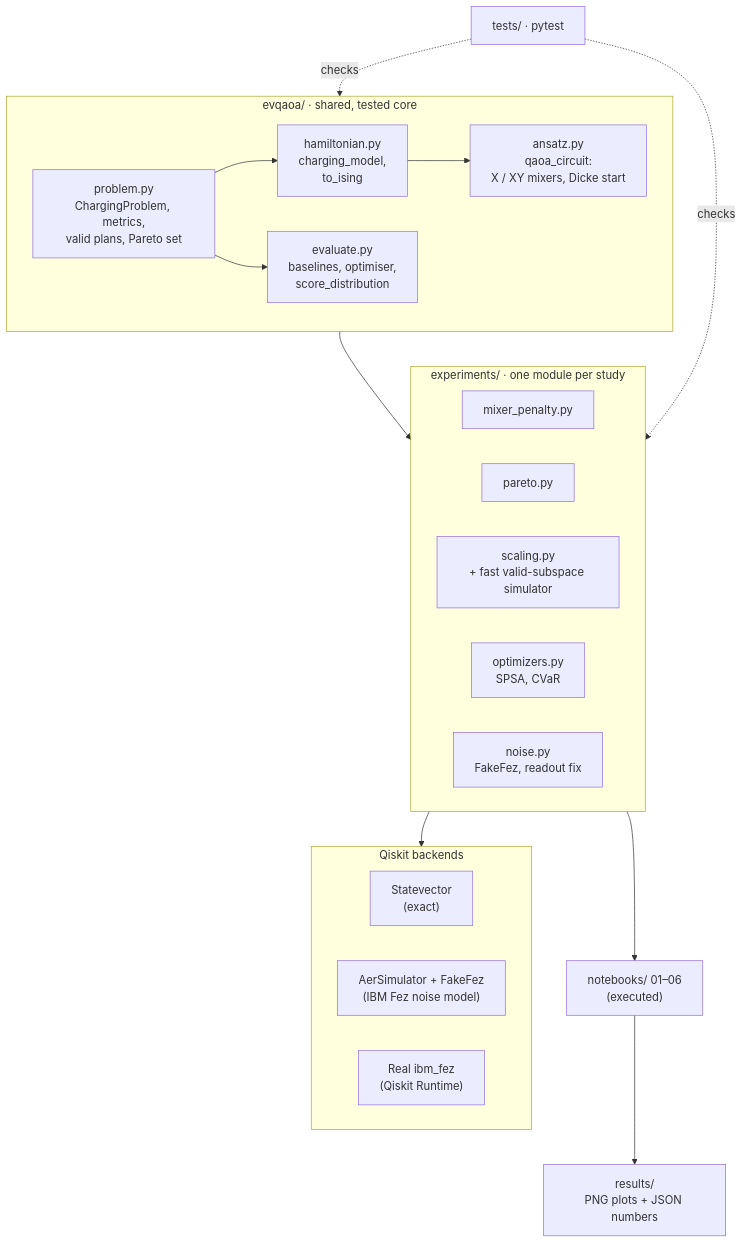
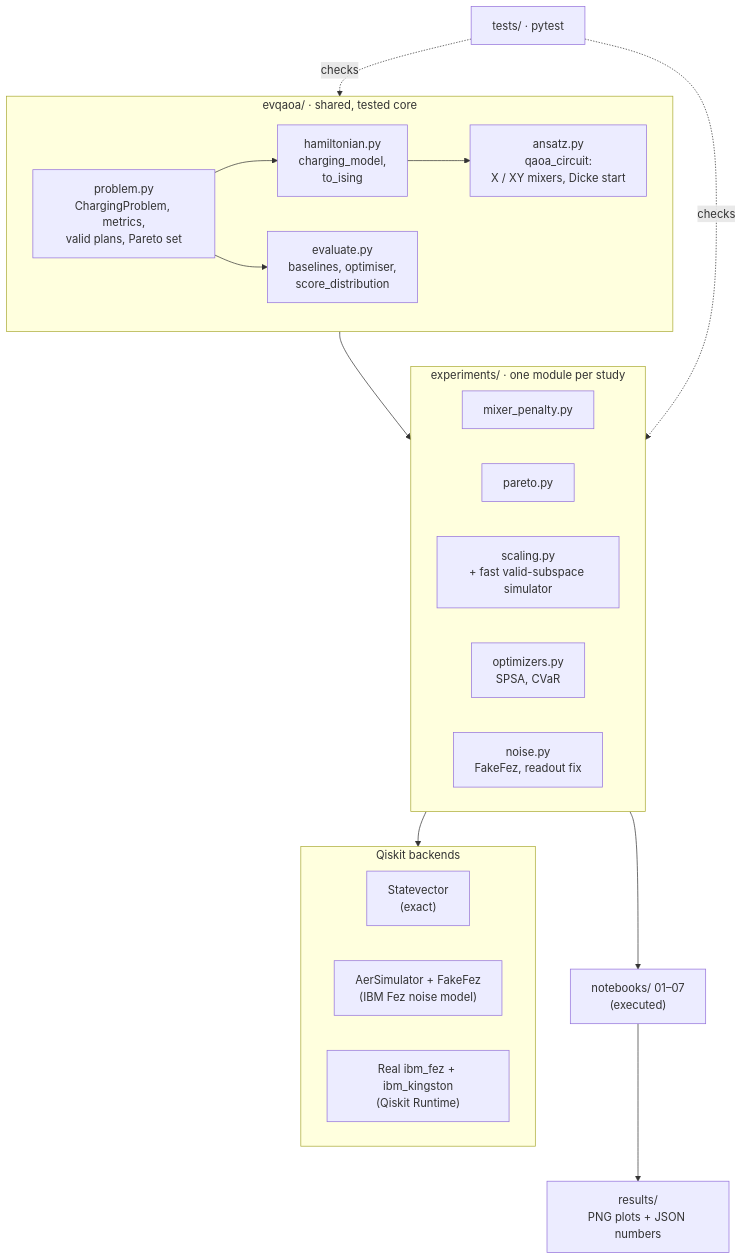
One commit to SakxamShrestha/quant5-fisk-IQ-hackathon changed the second of 2 diagrams in README.md. Above: the diagram before and after it, drawn with Mermaid. The commit also changed other lines of this file and 15 other files, not shown here.

````diff
--- a/README.md
+++ b/README.md
@@ -43,32 +43,32 @@
 ```mermaid
 flowchart TB
     subgraph core["evqaoa/ · shared, tested core"]
         P["problem.py<br/>ChargingProblem, metrics,<br/>valid plans, Pareto set"]
         Hm["hamiltonian.py<br/>charging_model,<br/>to_ising"]
         An["ansatz.py<br/>qaoa_circuit:<br/>X / XY mixers, Dicke start"]
         Ev["evaluate.py<br/>baselines, optimiser,<br/>score_distribution"]
         P --> Hm --> An
         P --> Ev
     end
 
     subgraph exp["experiments/ · one module per study"]
         E1["mixer_penalty.py"]
         E2["pareto.py"]
         E3["scaling.py<br/>+ fast valid-subspace simulator"]
         E4["optimizers.py<br/>SPSA, CVaR"]
         E5["noise.py<br/>FakeFez, readout fix"]
     end
 
     subgraph back["Qiskit backends"]
         S1["Statevector<br/>(exact)"]
         S2["AerSimulator + FakeFez<br/>(IBM Fez noise model)"]
-        S3["Real ibm_fez<br/>(Qiskit Runtime)"]
+        S3["Real ibm_fez + ibm_kingston<br/>(Qiskit Runtime)"]
     end
 
     core --> exp
     exp --> back
-    exp --> nb["notebooks/ 01–06<br/>(executed)"]
+    exp --> nb["notebooks/ 01–07<br/>(executed)"]
     nb --> R["results/<br/>PNG plots + JSON numbers"]
     T["tests/ · pytest"] -.checks.-> core
     T -.checks.-> exp
 ```
````
